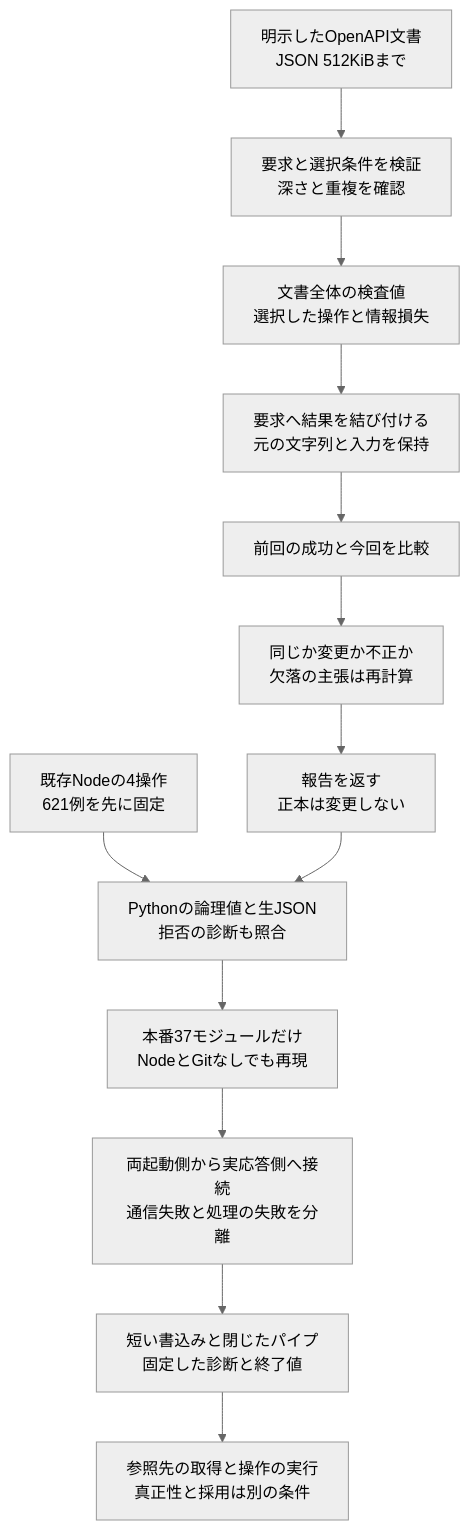
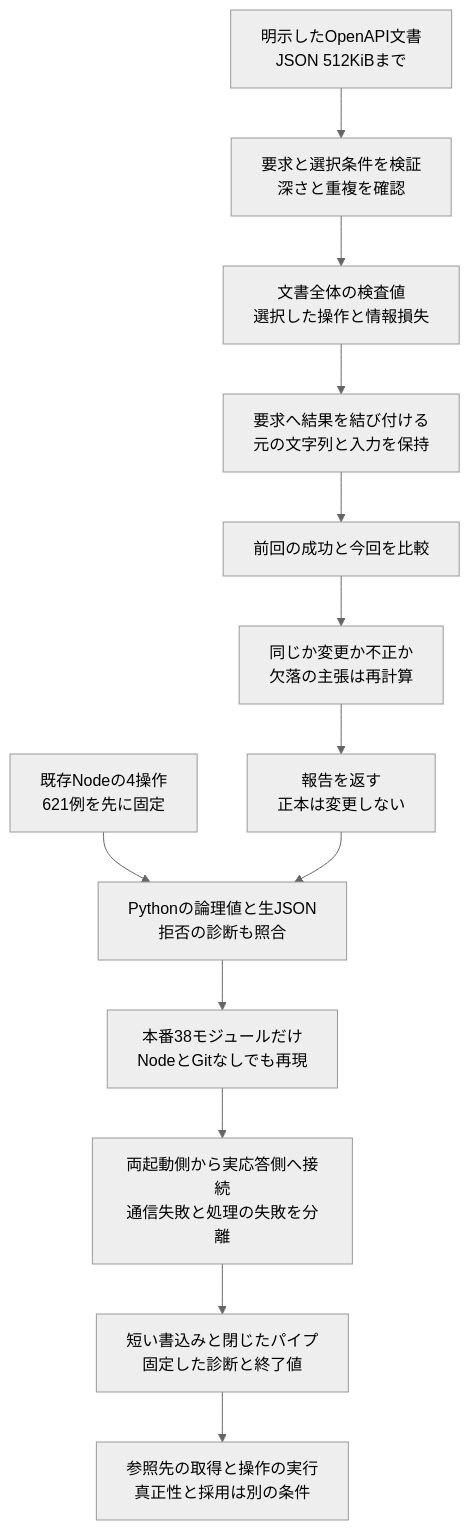
One commit to koukemo/morivyx changed the diagram in docs/diagrams/python-openapi-import.mmd. Above: the diagram before and after it, drawn with Mermaid (neutral theme). The commit also changed 17 other files, not shown here.

```diff
--- a/docs/diagrams/python-openapi-import.mmd
+++ b/docs/diagrams/python-openapi-import.mmd
@@ -1,13 +1,13 @@
 flowchart TD
   A[明示したOpenAPI文書<br/>JSON 512KiBまで] --> B[要求と選択条件を検証<br/>深さと重複を確認]
   B --> C[文書全体の検査値<br/>選択した操作と情報損失]
   C --> D[要求へ結果を結び付ける<br/>元の文字列と入力を保持]
   D --> E[前回の成功と今回を比較]
   E --> F[同じか変更か不正か<br/>欠落の主張は再計算]
   F --> G[報告を返す<br/>正本は変更しない]
   H[既存Nodeの4操作<br/>621例を先に固定] --> I[Pythonの論理値と生JSON<br/>拒否の診断も照合]
   G --> I
-  I --> J[本番37モジュールだけ<br/>NodeとGitなしでも再現]
+  I --> J[本番38モジュールだけ<br/>NodeとGitなしでも再現]
   J --> K[両起動側から実応答側へ接続<br/>通信失敗と処理の失敗を分離]
   K --> L[短い書込みと閉じたパイプ<br/>固定した診断と終了値]
   L --> M[参照先の取得と操作の実行<br/>真正性と採用は別の条件]
```
